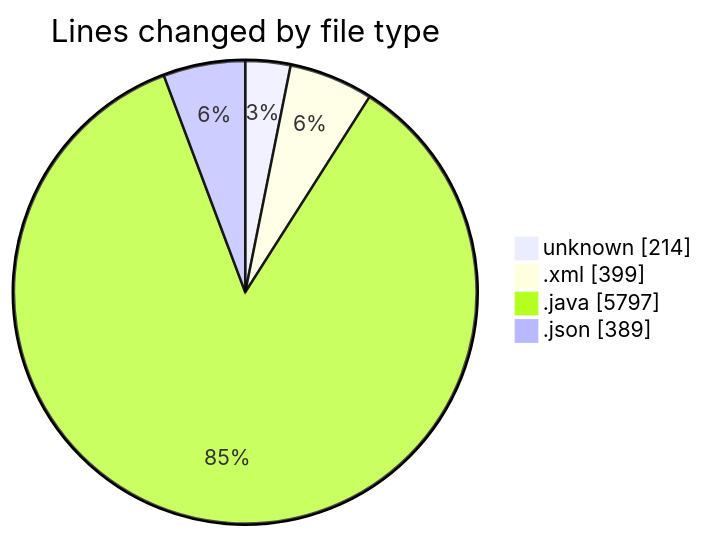
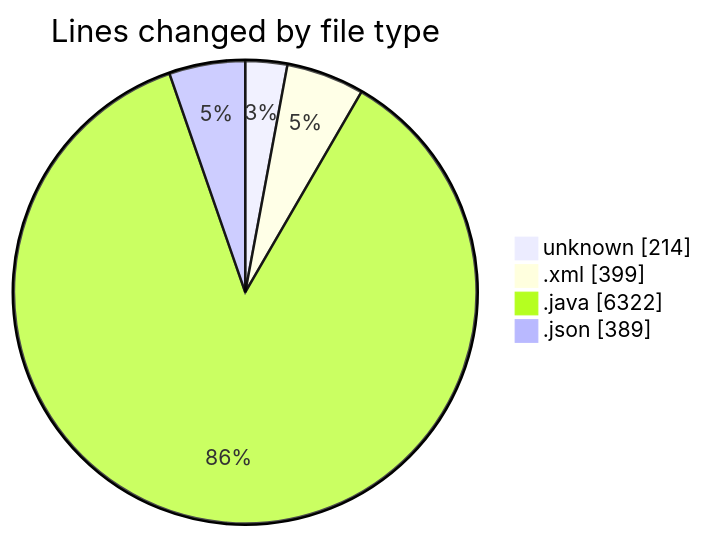
The first of 2 diagrams in 2025-02-24/micros/README.md (charlie-sans/code-tracking), drawn with Mermaid before and after one commit. The commit also changed other lines of this file and 1 other file, not shown here.

````diff
--- a/2025-02-24/micros/README.md
+++ b/2025-02-24/micros/README.md
@@ -39,8 +39,8 @@
 ```mermaid
 pie showData
 title Lines changed by file type
 "unknown" : 214
 ".xml" : 399
-".java" : 5797
+".java" : 6322
 ".json" : 389
 ```
````
